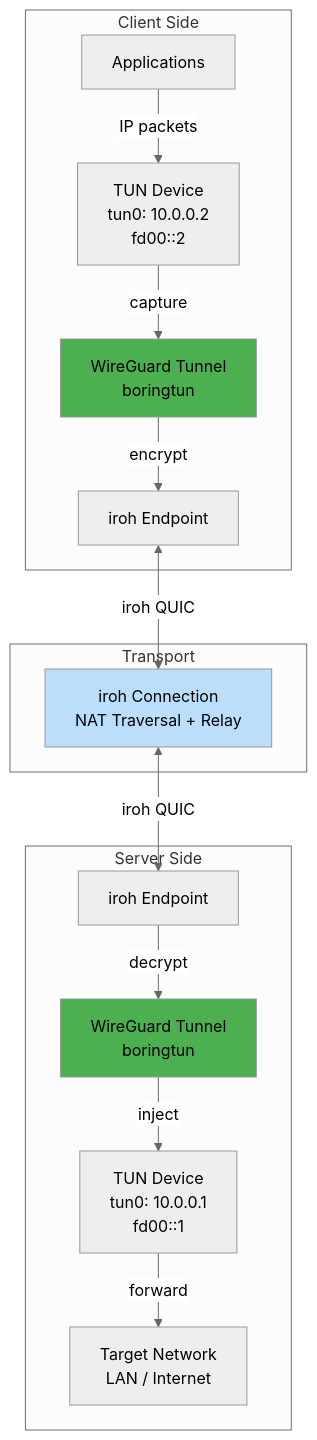
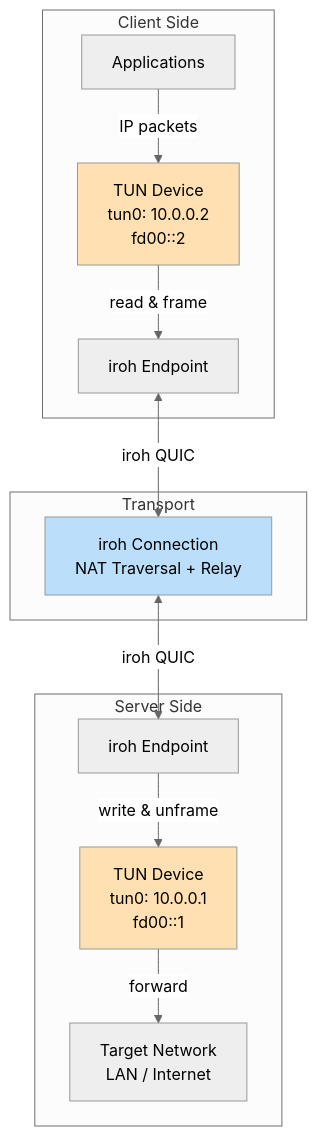
One commit to andrewtheguy/vpn-rs changed the tenth of 42 diagrams in docs/ARCHITECTURE.md. Above: the diagram before and after it, drawn with Mermaid (neutral theme). The commit also changed other lines of this file, not shown here.

Commit message:
fix: update VPN mode documentation to reflect direct IP-over-QUIC encryption and remove WireGuard references

````diff
--- a/docs/ARCHITECTURE.md
+++ b/docs/ARCHITECTURE.md
@@ -425,33 +425,29 @@
 ```mermaid
 graph TB
     subgraph "Client Side"
         A[Applications]
         B[TUN Device<br/>tun0: 10.0.0.2<br/>fd00::2]
-        C[WireGuard Tunnel<br/>boringtun]
         D[iroh Endpoint]
     end
 
     subgraph "Transport"
         E[iroh Connection<br/>NAT Traversal + Relay]
     end
 
     subgraph "Server Side"
         F[iroh Endpoint]
-        G[WireGuard Tunnel<br/>boringtun]
         H[TUN Device<br/>tun0: 10.0.0.1<br/>fd00::1]
         I[Target Network<br/>LAN / Internet]
     end
 
     A -->|IP packets| B
-    B -->|capture| C
-    C -->|encrypt| D
+    B -->|read & frame| D
     D <-->|iroh QUIC| E
     E <-->|iroh QUIC| F
-    F -->|decrypt| G
-    G -->|inject| H
+    F -->|write & unframe| H
     H -->|forward| I
 
-    style C fill:#4CAF50
-    style G fill:#4CAF50
+    style B fill:#FFE0B2
+    style H fill:#FFE0B2
     style E fill:#BBDEFB
 ```
````
